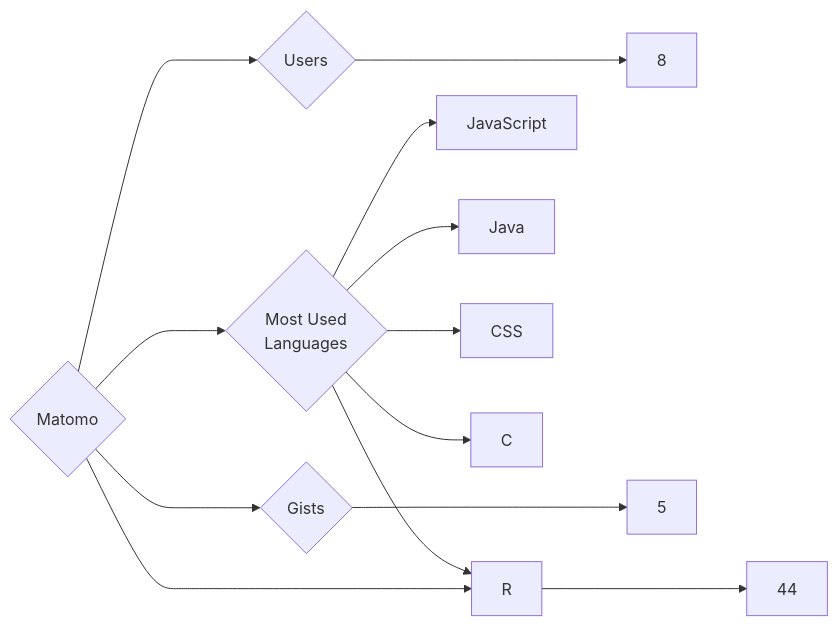
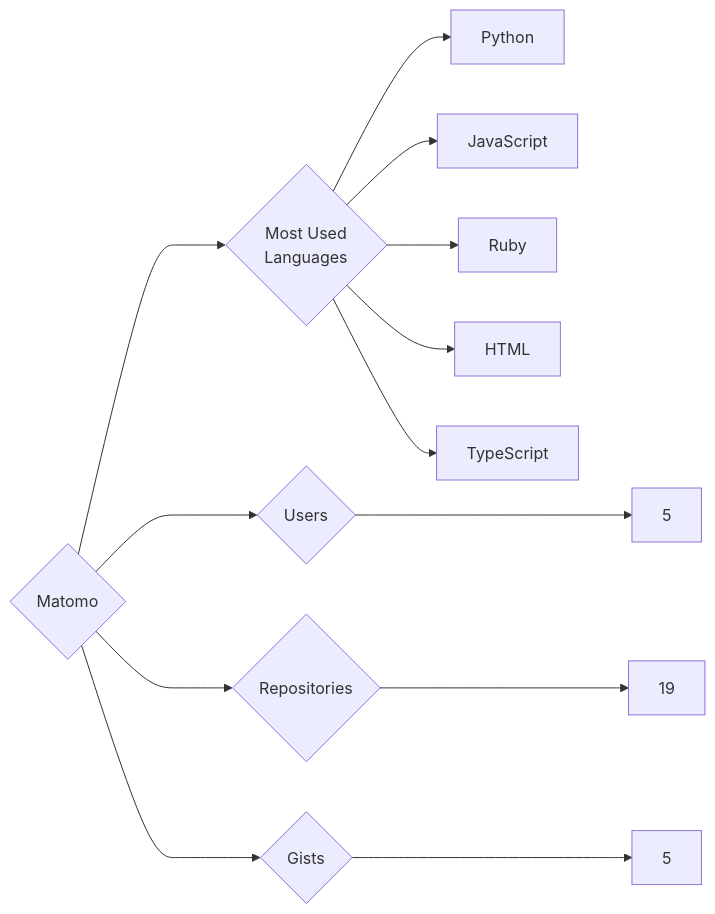
Before and after one commit to trickest/insiders: the diagram in targets/Matomo/README.md, drawn with Mermaid. The commit also changed 1248 other files, not shown here.

````diff
--- a/targets/Matomo/README.md
+++ b/targets/Matomo/README.md
@@ -3,13 +3,13 @@
 ```mermaid
 graph LR
 COMPANY_NAME{Matomo}
-COMPANY_NAME ---> U{Users} ---> UN[8]
-COMPANY_NAME ---> R{Repositories} ---> RN[44]
+COMPANY_NAME ---> U{Users} ---> UN[5]
+COMPANY_NAME ---> R{Repositories} ---> RN[19]
 COMPANY_NAME ---> G{Gists} ---> GN[5]
 COMPANY_NAME ---> ML{Most Used<br>Languages}
+ML --> Python[Python]
 ML --> JavaScript[JavaScript]
-ML --> Java[Java]
-ML --> CSS[CSS]
-ML --> C[C]
-ML --> R[R]
+ML --> Ruby[Ruby]
+ML --> HTML[HTML]
+ML --> TypeScript[TypeScript]
 ```
````
